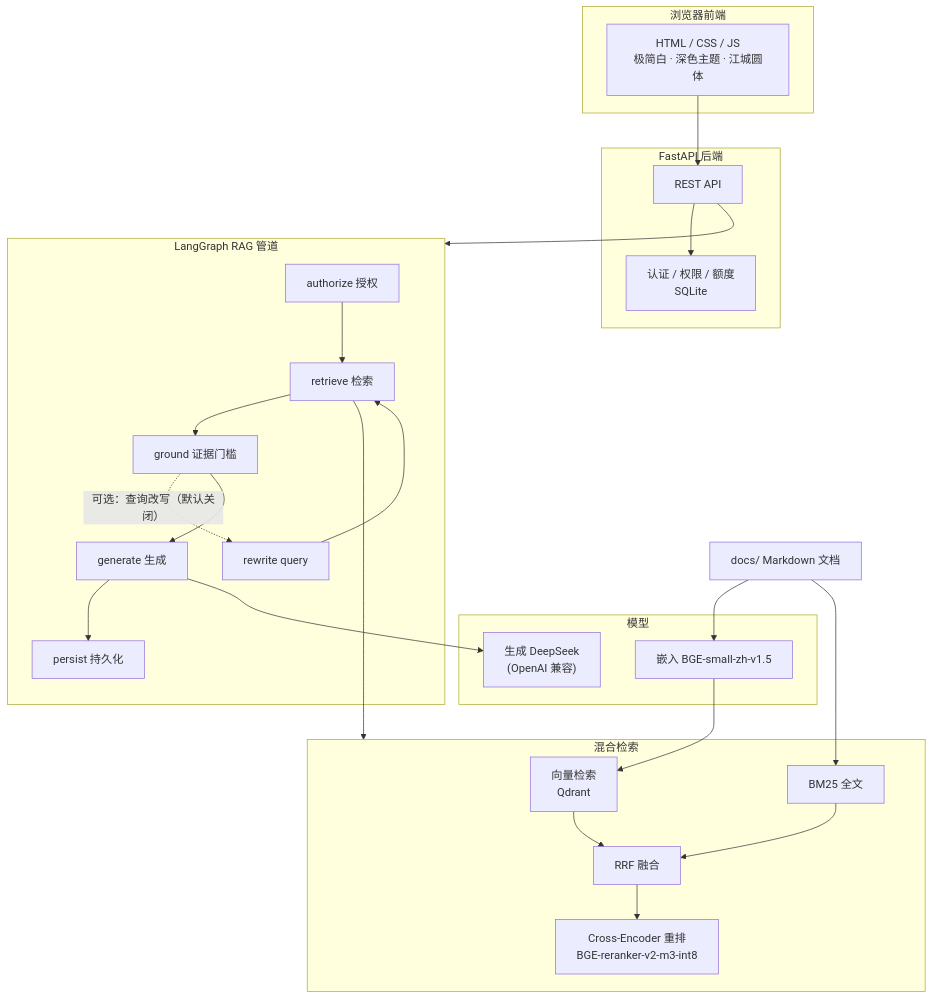
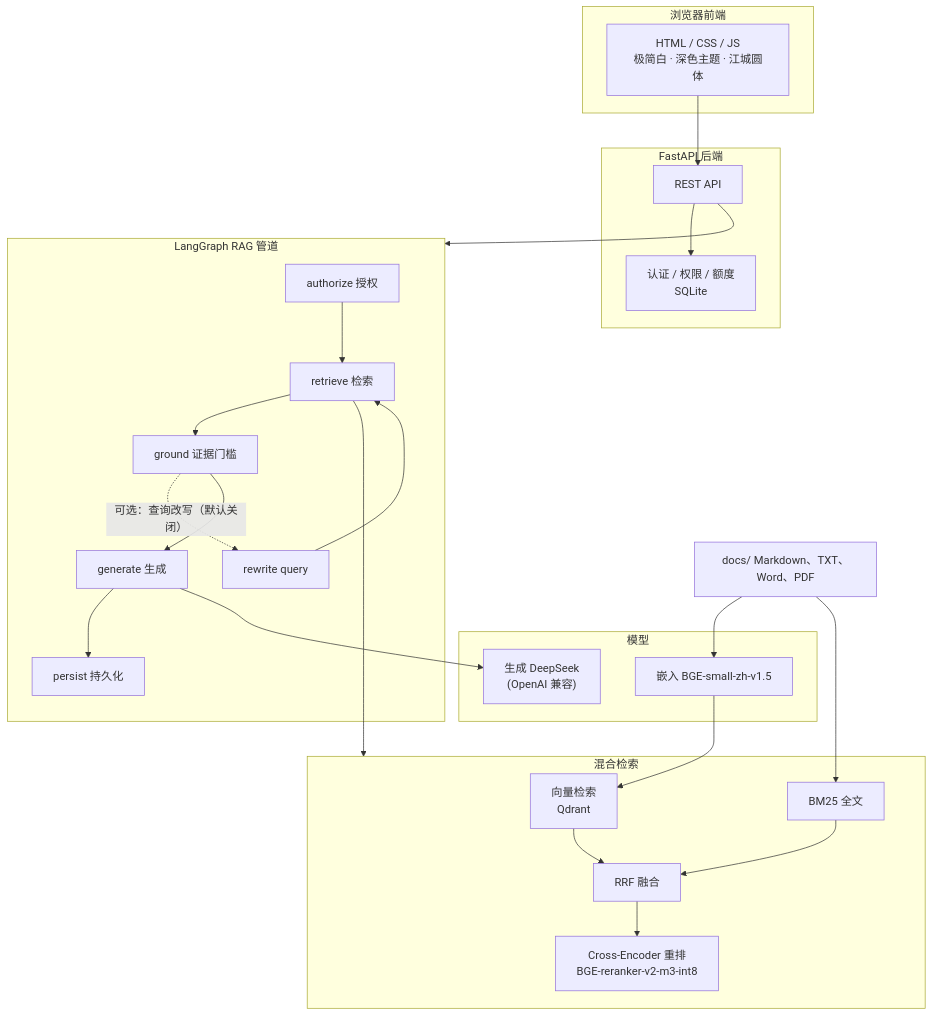
The diagram in README.md (GitHub1002/zhijian), drawn with Mermaid before and after one commit. The commit also changed other lines of this file and 12 other files, not shown here.

Commit message:
让 Markdown、TXT、Word 和 PDF 都能入库，并补上可用来核对检索的制度样例。

````diff
--- a/README.md
+++ b/README.md
@@ -7,42 +7,42 @@
 ```mermaid
 graph TB
     subgraph Client["浏览器前端"]
         UI["HTML / CSS / JS<br/>极简白 · 深色主题 · 江城圆体"]
     end
 
     subgraph Server["FastAPI 后端"]
         AUTH["认证 / 权限 / 额度<br/>SQLite"]
         API["REST API"]
     end
 
     subgraph RAG["LangGraph RAG 管道"]
         P1["authorize 授权"] --> P2["retrieve 检索"]
         P2 --> P3["ground 证据门槛"]
         P3 -.->|可选：查询改写（默认关闭）| RW["rewrite query"]
         RW --> P2
         P3 --> P4["generate 生成"]
         P4 --> P5["persist 持久化"]
     end
 
     subgraph Retrieve["混合检索"]
         VEC["向量检索<br/>Qdrant"]
         BM["BM25 全文"]
         RRF["RRF 融合"]
         RERANK["Cross-Encoder 重排<br/>BGE-reranker-v2-m3-int8"]
         VEC --> RRF
         BM --> RRF
         RRF --> RERANK
     end
 
     subgraph Models["模型"]
         EMB["嵌入 BGE-small-zh-v1.5"]
         LLM["生成 DeepSeek<br/>(OpenAI 兼容)"]
     end
 
     UI --> API --> AUTH
     API --> RAG
     P2 --> Retrieve
     P4 --> LLM
-    DOCS["docs/ Markdown 文档"] --> EMB --> VEC
+    DOCS["docs/ Markdown、TXT、Word、PDF"] --> EMB --> VEC
     DOCS --> BM
 ```
````
